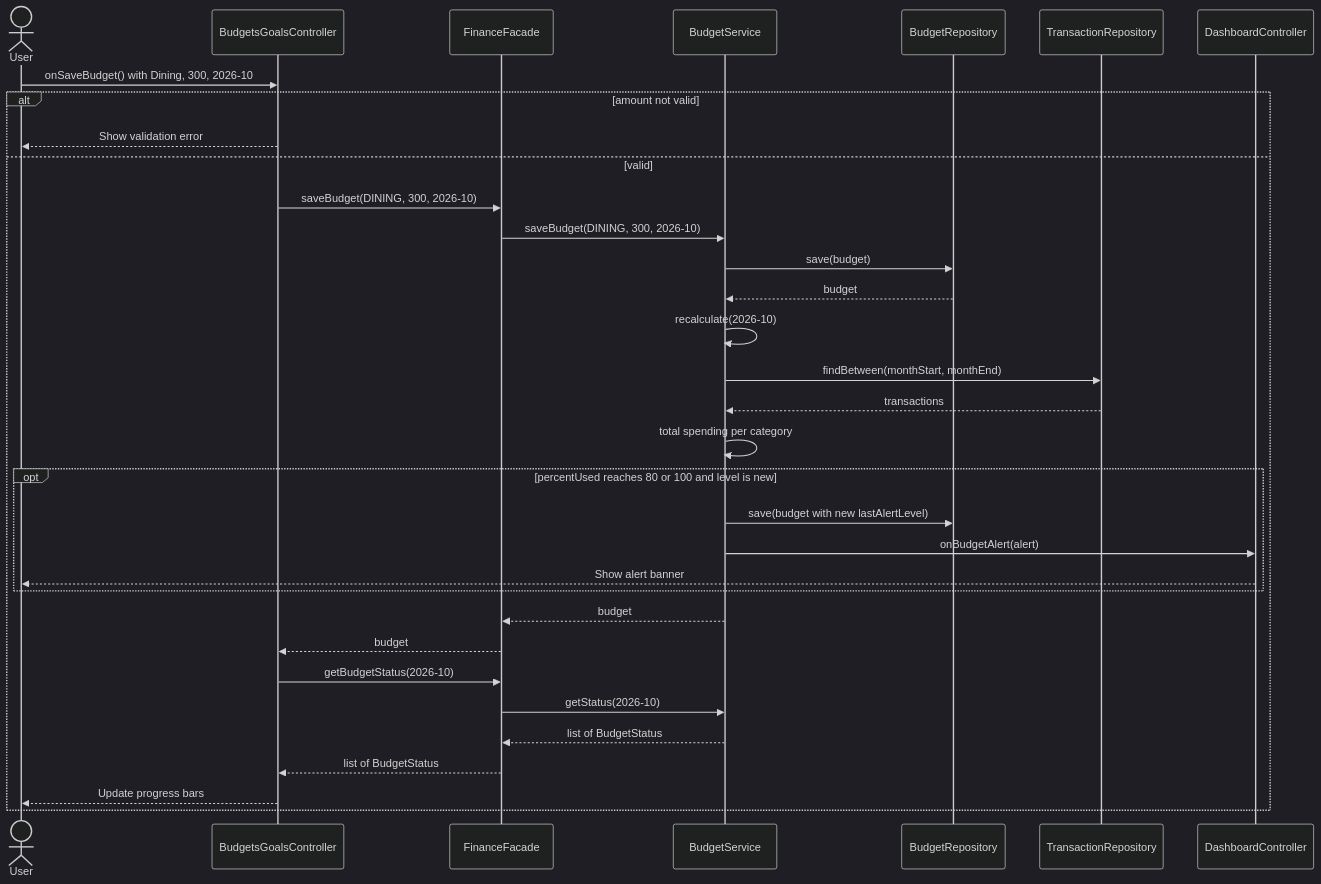
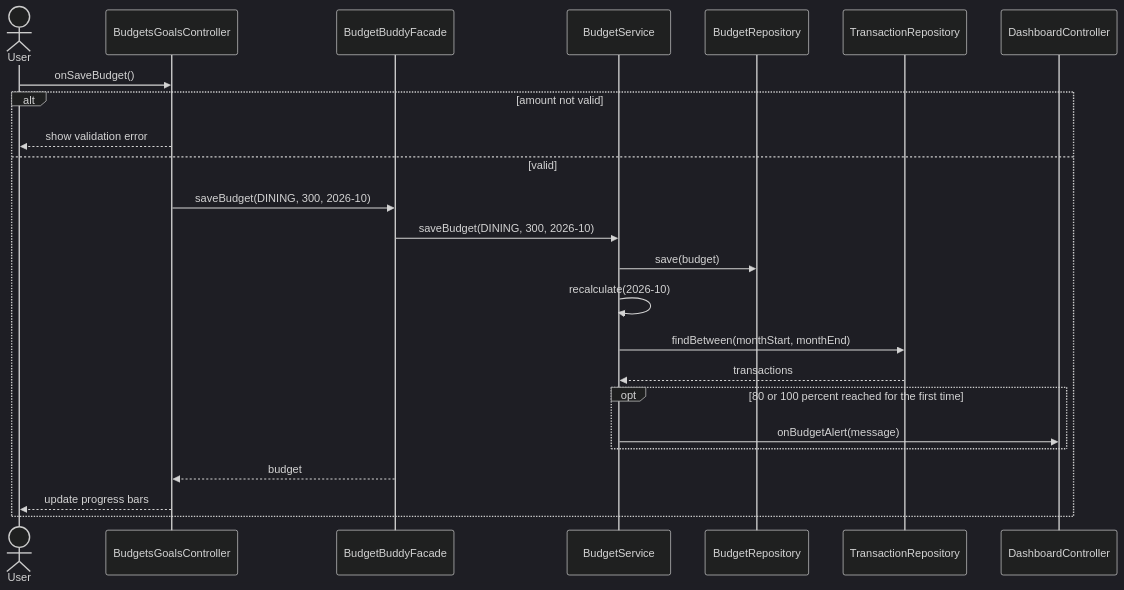
Before and after one commit to Abdi238/EECS3311-course-project: the eighth of 11 diagrams in docs/Stage1_Report.md, drawn with Mermaid (dark theme). The commit also changed other lines of this file, not shown here.

````diff
--- a/docs/Stage1_Report.md
+++ b/docs/Stage1_Report.md
@@ -1139,36 +948,26 @@
 ```mermaid
 sequenceDiagram
     actor U as User
     participant BC as BudgetsGoalsController
-    participant F as FinanceFacade
+    participant F as BudgetBuddyFacade
     participant BS as BudgetService
     participant BR as BudgetRepository
     participant TR as TransactionRepository
     participant DC as DashboardController
-
-    U->>BC: onSaveBudget() with Dining, 300, 2026-10
+    U->>BC: onSaveBudget()
     alt amount not valid
-        BC-->>U: Show validation error
+        BC-->>U: show validation error
     else valid
         BC->>F: saveBudget(DINING, 300, 2026-10)
         F->>BS: saveBudget(DINING, 300, 2026-10)
         BS->>BR: save(budget)
-        BR-->>BS: budget
         BS->>BS: recalculate(2026-10)
         BS->>TR: findBetween(monthStart, monthEnd)
         TR-->>BS: transactions
-        BS->>BS: total spending per category
-        opt percentUsed reaches 80 or 100 and level is new
-            BS->>BR: save(budget with new lastAlertLevel)
-            BS->>DC: onBudgetAlert(alert)
-            DC-->>U: Show alert banner
+        opt 80 or 100 percent reached for the first time
+            BS->>DC: onBudgetAlert(message)
         end
-        BS-->>F: budget
         F-->>BC: budget
-        BC->>F: getBudgetStatus(2026-10)
-        F->>BS: getStatus(2026-10)
-        BS-->>F: list of BudgetStatus
-        F-->>BC: list of BudgetStatus
-        BC-->>U: Update progress bars
+        BC-->>U: update progress bars
     end
 ```
````
